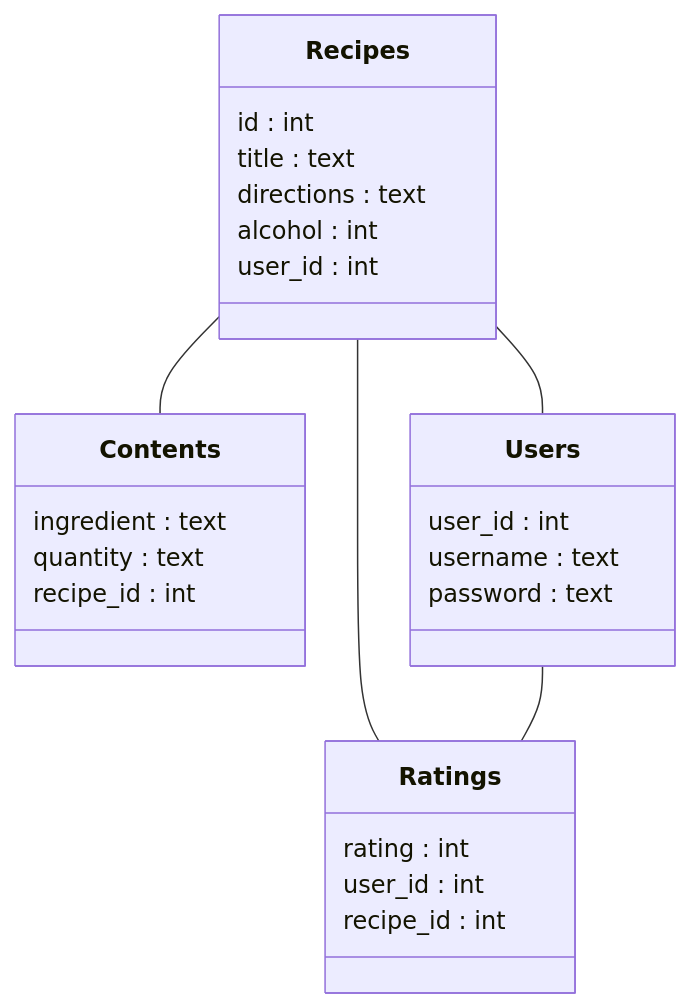
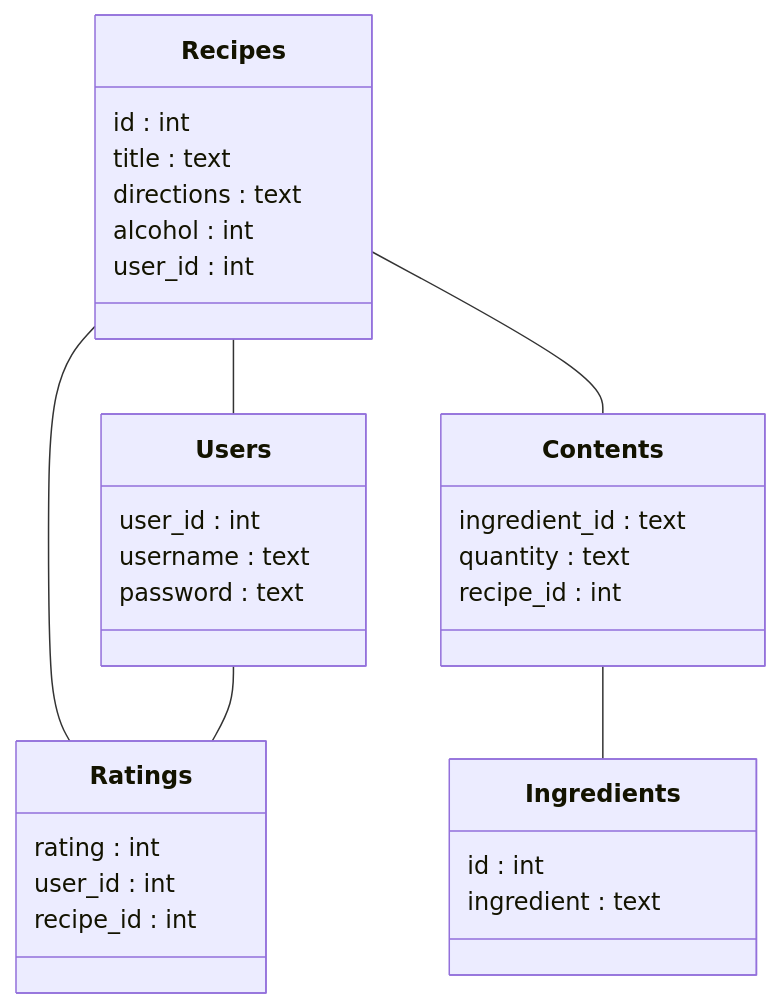
One commit to heliparv/mixological changed the diagram in documentation/database_schema.md. Above: the diagram before and after it, drawn with Mermaid. The commit also changed 1 other file, not shown here.

Commit message:
Add ingredients table

````diff
--- a/documentation/database_schema.md
+++ b/documentation/database_schema.md
@@ -1,29 +1,34 @@
 ```mermaid
 classDiagram
     class Recipes{
         id : int
         title : text
         directions : text
         alcohol : int
         user_id : int
     } 
+    class Ingredients{
+        id : int
+        ingredient : text
+    }
     class Contents{
-        ingredient : text
+        ingredient_id : text
         quantity : text
         recipe_id : int
     }
     class Ratings{
         rating : int
         user_id : int
         recipe_id : int
     }
     class Users{
         user_id : int
         username : text
         password : text
     }
     Recipes -- Users
     Recipes -- Contents
     Recipes -- Ratings
     Users -- Ratings
+    Contents -- Ingredients
 ```
````
